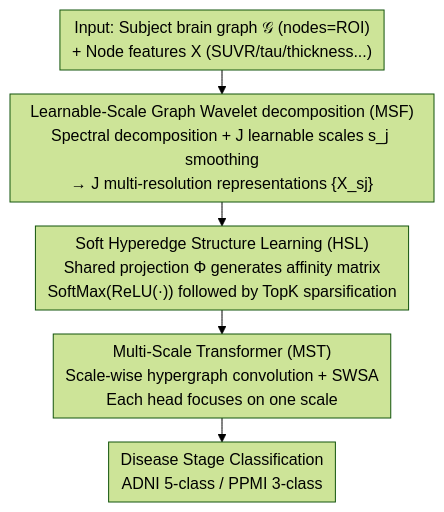
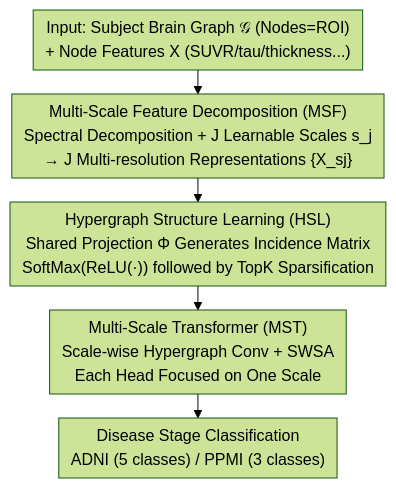
The diagram in docs/ICML2026/medical_imaging/learning_multi-scale_hypergraph_for_high-order_brain_connectivity_analysis.md (zhaoyang97/Paper-Notes-en), drawn with Mermaid (forest theme) before and after one commit. The commit also changed other lines of this file and 5084 other files, not shown here.

````diff
--- a/docs/ICML2026/medical_imaging/learning_multi-scale_hypergraph_for_high-order_brain_connectivity_analysis.md
+++ b/docs/ICML2026/medical_imaging/learning_multi-scale_hypergraph_for_high-order_brain_connectivity_analysis.md
@@ -43,8 +43,8 @@
 ```mermaid
 %%{init: {'flowchart': {'rankSpacing': 24, 'nodeSpacing': 28, 'padding': 6, 'wrappingWidth': 400}}}%%
 flowchart TD
-    A["Input: Subject brain graph 𝒢 (nodes=ROI)<br/>+ Node features X (SUVR/tau/thickness...)"] --> B["Learnable-Scale Graph Wavelet decomposition (MSF)<br/>Spectral decomposition + J learnable scales s_j smoothing<br/>→ J multi-resolution representations {X_sj}"]
-    B --> C["Soft Hyperedge Structure Learning (HSL)<br/>Shared projection Φ generates affinity matrix<br/>SoftMax(ReLU(·)) followed by TopK sparsification"]
-    C --> D["Multi-Scale Transformer (MST)<br/>Scale-wise hypergraph convolution + SWSA<br/>Each head focuses on one scale"]
-    D --> E["Disease Stage Classification<br/>ADNI 5-class / PPMI 3-class"]
+    A["Input: Subject Brain Graph 𝒢 (Nodes=ROI)<br/>+ Node Features X (SUVR/tau/thickness...)"] --> B["Multi-Scale Feature Decomposition (MSF)<br/>Spectral Decomposition + J Learnable Scales s_j<br/>→ J Multi-resolution Representations {X_sj}"]
+    B --> C["Hypergraph Structure Learning (HSL)<br/>Shared Projection Φ Generates Incidence Matrix<br/>SoftMax(ReLU(·)) followed by TopK Sparsification"]
+    C --> D["Multi-Scale Transformer (MST)<br/>Scale-wise Hypergraph Conv + SWSA<br/>Each Head Focused on One Scale"]
+    D --> E["Disease Stage Classification<br/>ADNI (5 classes) / PPMI (3 classes)"]
 ```
````
